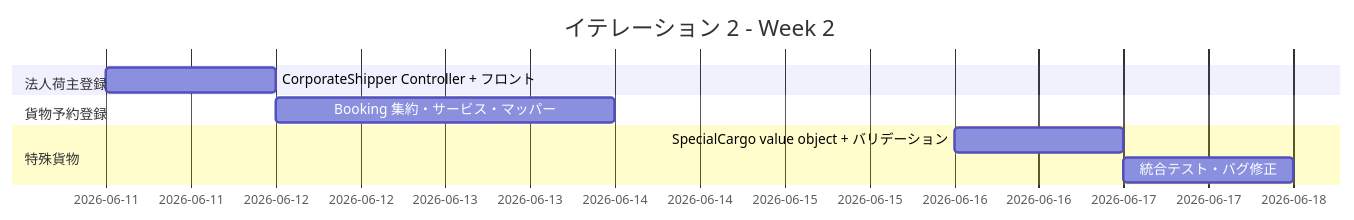
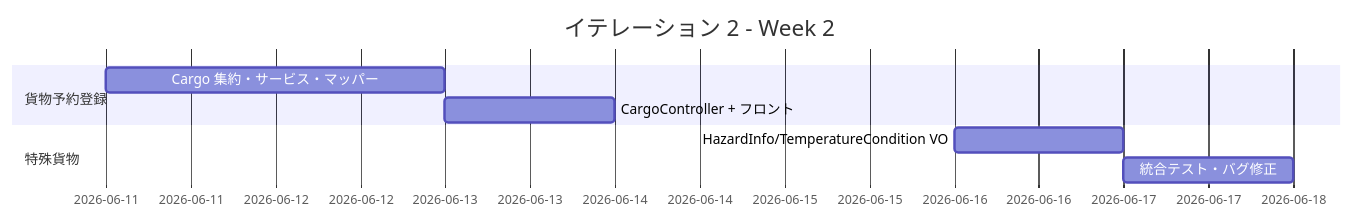
Before and after one commit to k2works/case-study-cargo-tracker: the second of 5 diagrams in docs/development/iteration_plan-2.md, drawn with Mermaid. The commit also changed other lines of this file, not shown here.

````diff
--- a/docs/development/iteration_plan-2.md
+++ b/docs/development/iteration_plan-2.md
@@ -205,12 +214,11 @@
 ```mermaid
 gantt
     title イテレーション 2 - Week 2
     dateFormat  YYYY-MM-DD
-    section 法人荷主登録
-    CorporateShipper Controller + フロント :a1, 2026-06-11, 1d
     section 貨物予約登録
-    Booking 集約・サービス・マッパー         :a2, after a1, 2d
+    Cargo 集約・サービス・マッパー        :a2, 2026-06-11, 2d
+    CargoController + フロント           :a3, after a2, 1d
     section 特殊貨物
-    SpecialCargo value object + バリデーション :a3, 2026-06-16, 1d
-    統合テスト・バグ修正                     :a4, after a3, 1d
+    HazardInfo/TemperatureCondition VO   :a4, 2026-06-16, 1d
+    統合テスト・バグ修正                  :a5, after a4, 1d
 ```
````
